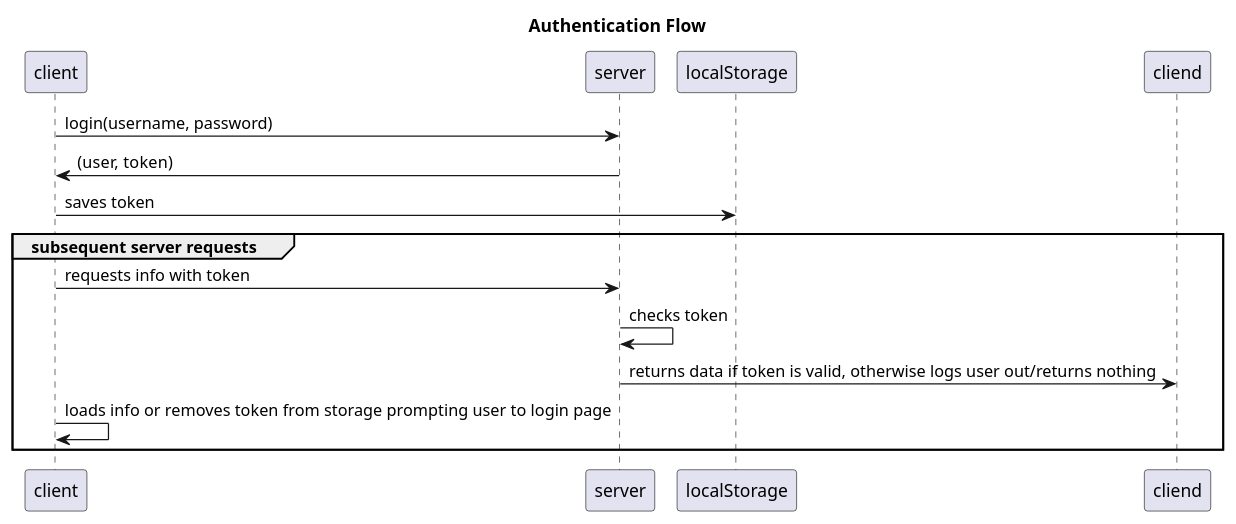
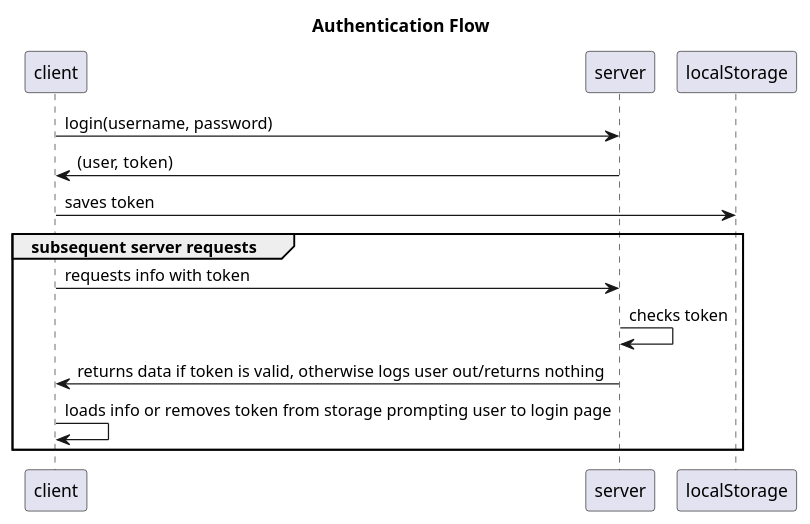
The diagram in server/src/diagrams/auth.puml (tasnimjubaier/chatto), drawn with PlantUML before and after one commit. The commit also changed 1 other file, not shown here.

Commit message:
add diagrams

```diff
--- a/server/src/diagrams/auth.puml
+++ b/server/src/diagrams/auth.puml
@@ -1,16 +1,16 @@
 @startuml Auth Flow
 
 	title       Authentication Flow
 
 	client -> server: login(username, password)
     server -> client: (user, token)
     client -> localStorage: saves token
 
     group subsequent server requests
         client -> server: requests info with token 
         server -> server: checks token
-        server -> cliend: returns data if token is valid, otherwise logs user out/returns nothing
+        server -> client: returns data if token is valid, otherwise logs user out/returns nothing
         client -> client: loads info or removes token from storage prompting user to login page
     end
 
 @enduml
```
